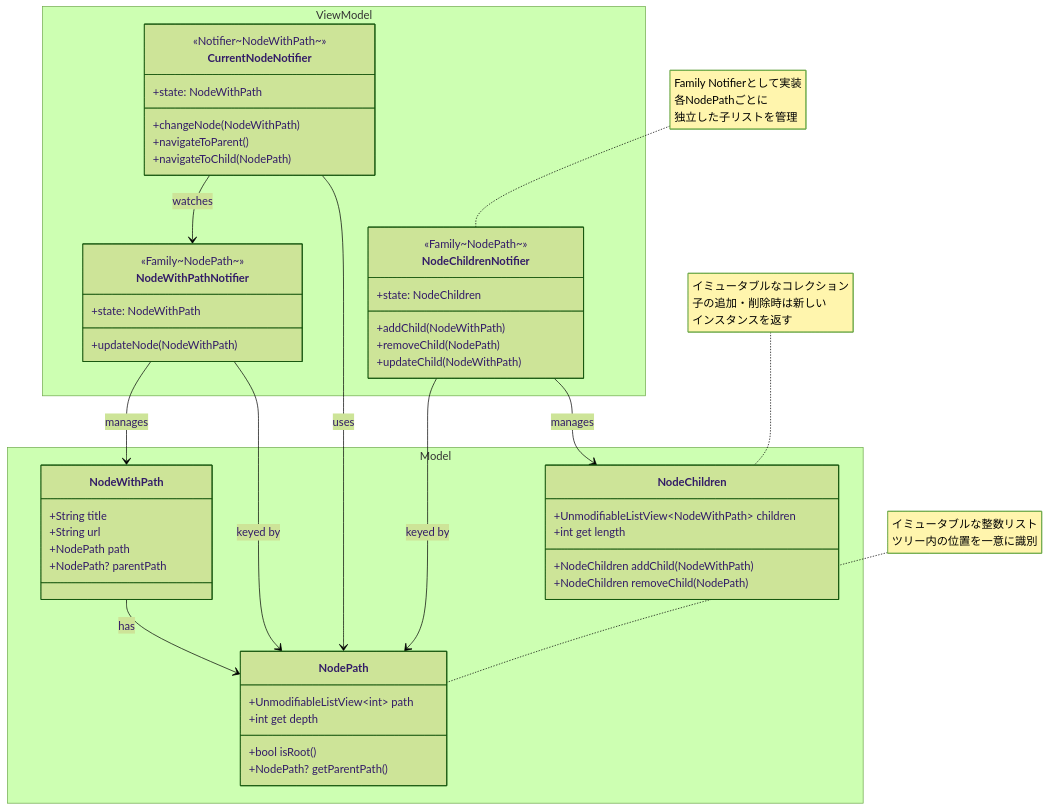
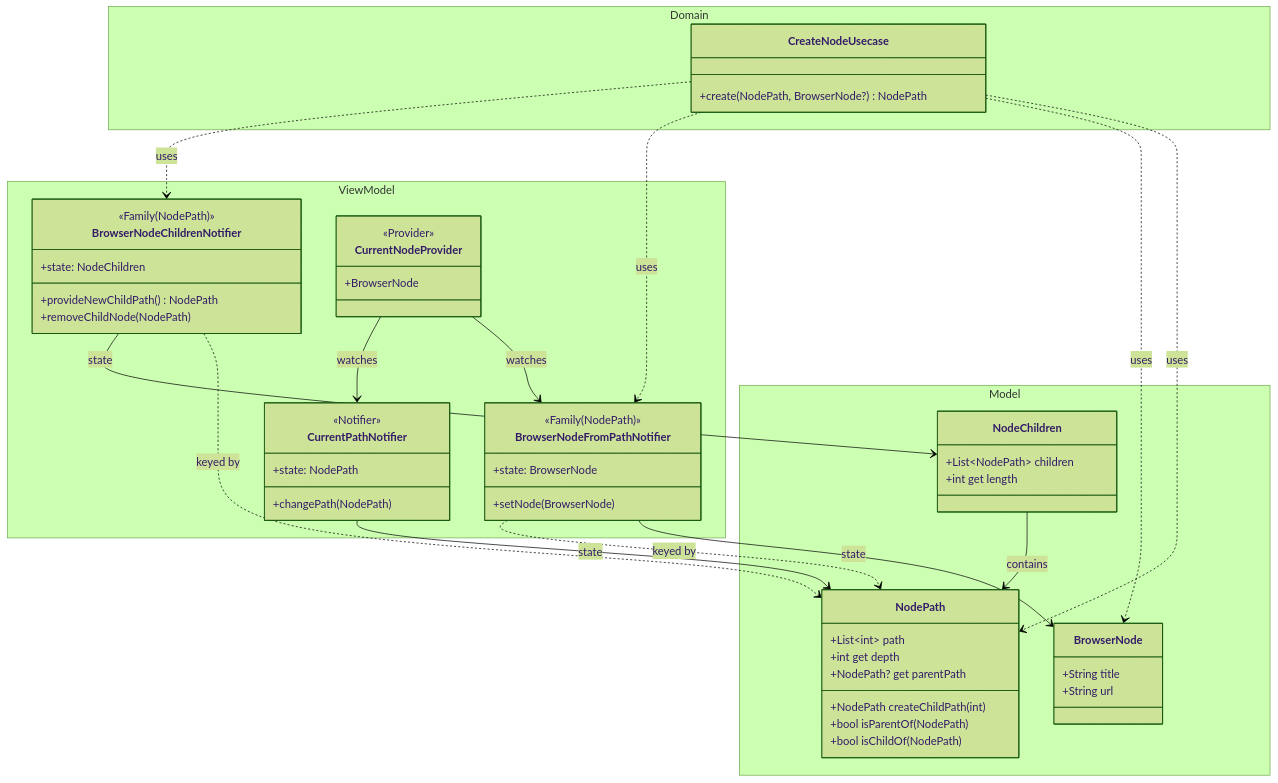
The diagram in web_browser/lib/browser/document/browser_view_architecture.md (Yasahiro-021/2025-app-sideA), drawn with Mermaid (forest theme) before and after one commit. The commit also changed other lines of this file and 2 other files, not shown here.

````diff
--- a/web_browser/lib/browser/document/browser_view_architecture.md
+++ b/web_browser/lib/browser/document/browser_view_architecture.md
@@ -22,79 +18,78 @@
 ```mermaid
 classDiagram
     direction TB
 
     %% Model層の定義
     namespace Model {
-        class NodeWithPath {
+        class BrowserNode {
             +String title
             +String url
-            +NodePath path
-            +NodePath? parentPath
         }
 
         class NodePath {
-            +UnmodifiableListView~int~ path
+            +List~int~ path
             +int get depth
-            +bool isRoot()
-            +NodePath? getParentPath()
+            +NodePath? get parentPath
+            +NodePath createChildPath(int)
+            +bool isParentOf(NodePath)
+            +bool isChildOf(NodePath)
         }
 
         class NodeChildren {
-            +UnmodifiableListView~NodeWithPath~ children
+            +List~NodePath~ children
             +int get length
-            +NodeChildren addChild(NodeWithPath)
-            +NodeChildren removeChild(NodePath)
         }
     }
 
     %% ViewModel層の定義
     namespace ViewModel {
-        class CurrentNodeNotifier {
-            <<Notifier~NodeWithPath~>>
-            +state: NodeWithPath
-            +changeNode(NodeWithPath)
-            +navigateToParent()
-            +navigateToChild(NodePath)
+        class CurrentPathNotifier {
+            <<Notifier>>
+            +state: NodePath
+            +changePath(NodePath)
         }
 
-        class NodeWithPathNotifier {
-            <<Family~NodePath~>>
-            +state: NodeWithPath
-            +updateNode(NodeWithPath)
+        class BrowserNodeFromPathNotifier {
+            <<Family(NodePath)>>
+            +state: BrowserNode
+            +setNode(BrowserNode)
         }
 
-        class NodeChildrenNotifier {
-            <<Family~NodePath~>>
+        class BrowserNodeChildrenNotifier {
+            <<Family(NodePath)>>
             +state: NodeChildren
-            +addChild(NodeWithPath)
-            +removeChild(NodePath)
-            +updateChild(NodeWithPath)
+            +provideNewChildPath() NodePath
+            +removeChildNode(NodePath)
+        }
+
+        class CurrentNodeProvider {
+            <<Provider>>
+            +BrowserNode
         }
     }
 
+    %% Domain層の定義
+    namespace Domain {
+        class CreateNodeUsecase {
+            +create(NodePath, BrowserNode?) NodePath
+        }
+    }
 
     %% Model層の関連
-    NodeWithPath --> NodePath : has
+    NodeChildren --> NodePath : contains
 
     %% ViewModel層の関連
-    CurrentNodeNotifier --> NodePath : uses
-    CurrentNodeNotifier --> NodeWithPathNotifier : watches
-    NodeChildrenNotifier --> NodeChildren : manages
-    NodeChildrenNotifier --> NodePath : keyed by
-    NodeWithPathNotifier --> NodePath : keyed by
-    NodeWithPathNotifier --> NodeWithPath : manages
+    CurrentPathNotifier --> NodePath : state
+    CurrentNodeProvider --> CurrentPathNotifier : watches
+    CurrentNodeProvider --> BrowserNodeFromPathNotifier : watches
+    BrowserNodeChildrenNotifier --> NodeChildren : state
+    BrowserNodeChildrenNotifier ..> NodePath : keyed by
+    BrowserNodeFromPathNotifier ..> NodePath : keyed by
+    BrowserNodeFromPathNotifier --> BrowserNode : state
 
-
-    %% 凡例用のノート
-    note for NodeChildren "イミュータブルなコレクション
-        子の追加・削除時は新しい
-        インスタンスを返す"
-
-    note for NodePath "イミュータブルな整数リスト
-        ツリー内の位置を一意に識別"
-
-    note for NodeChildrenNotifier "Family Notifierとして実装
-        各NodePathごとに
-        独立した子リストを管理"
-
+    %% Domain層の関連
+    CreateNodeUsecase ..> BrowserNodeChildrenNotifier : uses
+    CreateNodeUsecase ..> BrowserNodeFromPathNotifier : uses
+    CreateNodeUsecase ..> BrowserNode : uses
+    CreateNodeUsecase ..> NodePath : uses
 ```
````
